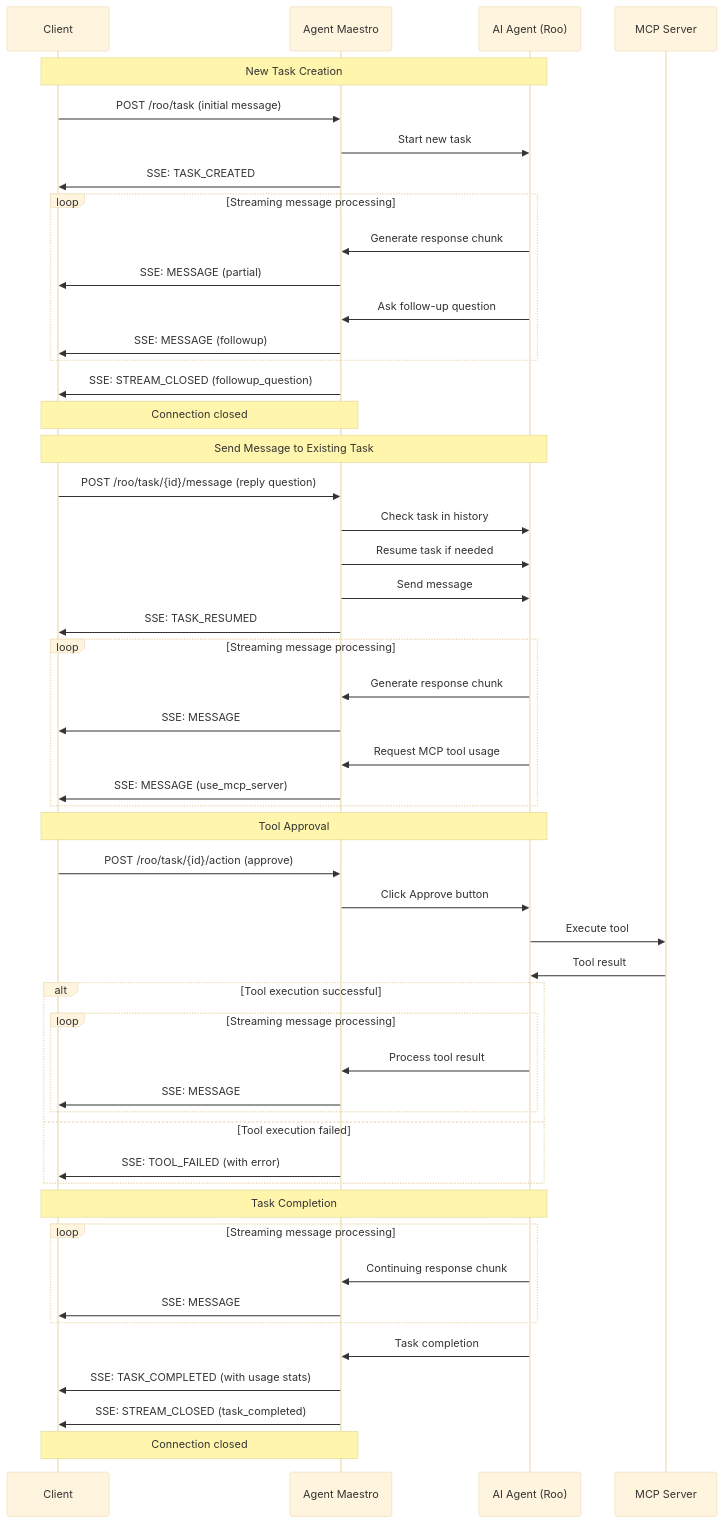
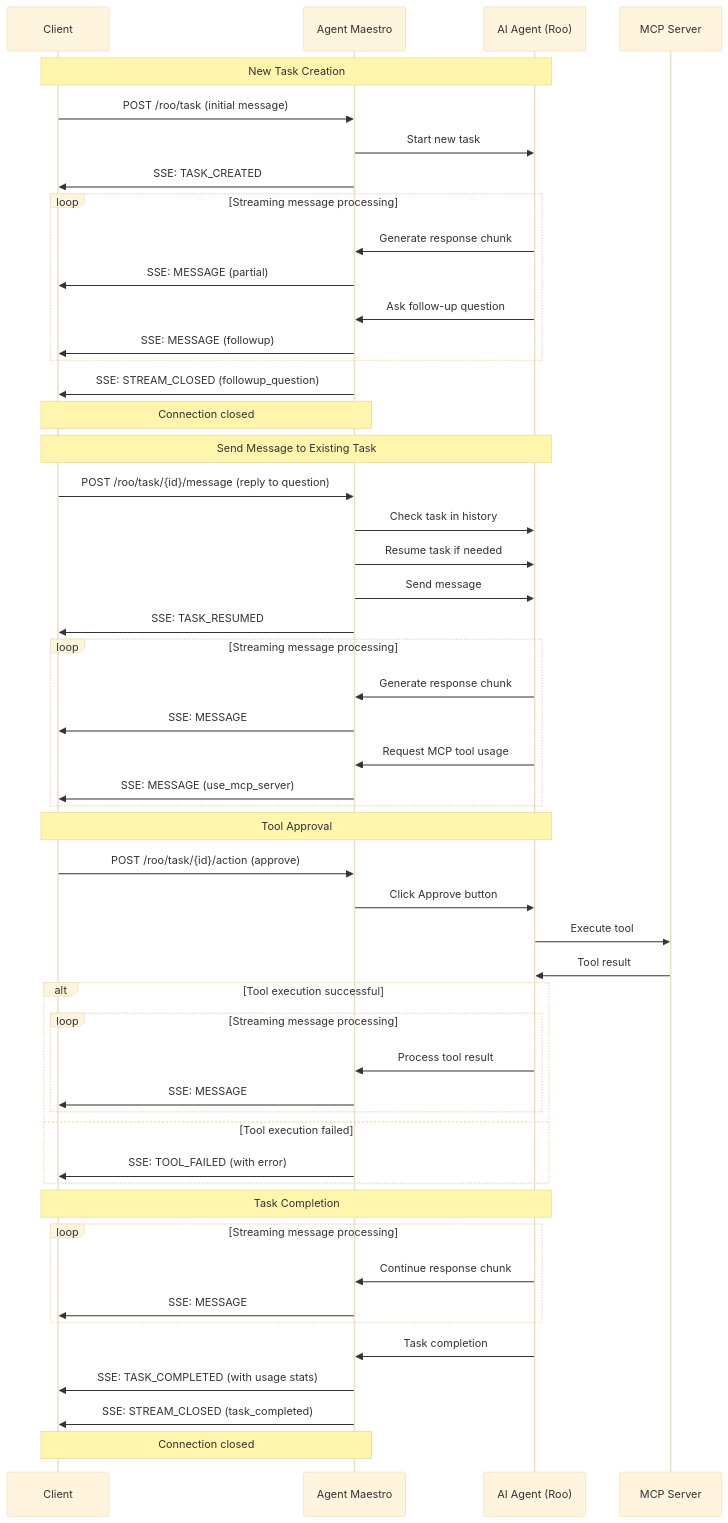
Before and after one commit to shubham-root/agent-maestro: the diagram in docs/demo-workflow.mmd, drawn with Mermaid (base theme). The commit also changed 6 other files, not shown here.

```diff
--- a/docs/demo-workflow.mmd
+++ b/docs/demo-workflow.mmd
@@ -1,57 +1,57 @@
 sequenceDiagram
     participant Client
     participant Maestro as Agent Maestro
     participant AIAgent as AI Agent (Roo)
     participant MCPServer as MCP Server
 
     Note over Client,AIAgent: New Task Creation
     Client->>Maestro: POST /roo/task (initial message)
     Maestro->>AIAgent: Start new task
     Maestro->>Client: SSE: TASK_CREATED
     loop Streaming message processing
         AIAgent->>Maestro: Generate response chunk
         Maestro->>Client: SSE: MESSAGE (partial)
 
         AIAgent->>Maestro: Ask follow-up question
         Maestro->>Client: SSE: MESSAGE (followup)
     end
     Maestro->>Client: SSE: STREAM_CLOSED (followup_question)
     Note over Client,Maestro: Connection closed
 
     Note over Client,AIAgent: Send Message to Existing Task
-    Client->>Maestro: POST /roo/task/{id}/message (reply question)
+    Client->>Maestro: POST /roo/task/{id}/message (reply to question)
     Maestro->>AIAgent: Check task in history
     Maestro->>AIAgent: Resume task if needed
     Maestro->>AIAgent: Send message
     Maestro->>Client: SSE: TASK_RESUMED
     loop Streaming message processing
         AIAgent->>Maestro: Generate response chunk
         Maestro->>Client: SSE: MESSAGE
 
         AIAgent->>Maestro: Request MCP tool usage
         Maestro->>Client: SSE: MESSAGE (use_mcp_server)
     end
 
     Note over Client,AIAgent: Tool Approval
     Client->>Maestro: POST /roo/task/{id}/action (approve)
     Maestro->>AIAgent: Click Approve button
     AIAgent->>MCPServer: Execute tool
     MCPServer->>AIAgent: Tool result
     alt Tool execution successful
         loop Streaming message processing
             AIAgent->>Maestro: Process tool result
             Maestro->>Client: SSE: MESSAGE
         end
     else Tool execution failed
         Maestro->>Client: SSE: TOOL_FAILED (with error)
     end
 
     Note over Client,AIAgent: Task Completion
     loop Streaming message processing
-        AIAgent->>Maestro: Continuing response chunk
+        AIAgent->>Maestro: Continue response chunk
         Maestro->>Client: SSE: MESSAGE
     end
     AIAgent->>Maestro: Task completion
     Maestro->>Client: SSE: TASK_COMPLETED (with usage stats)
     Maestro->>Client: SSE: STREAM_CLOSED (task_completed)
     Note over Client,Maestro: Connection closed
```
